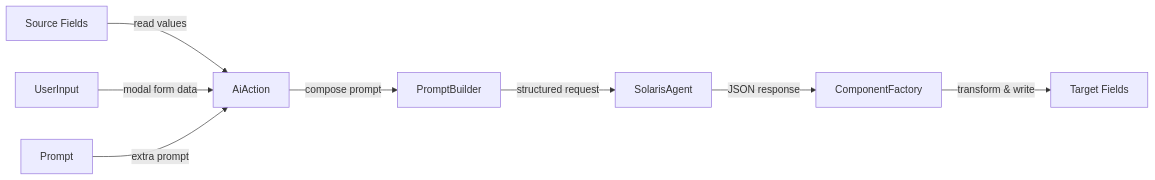
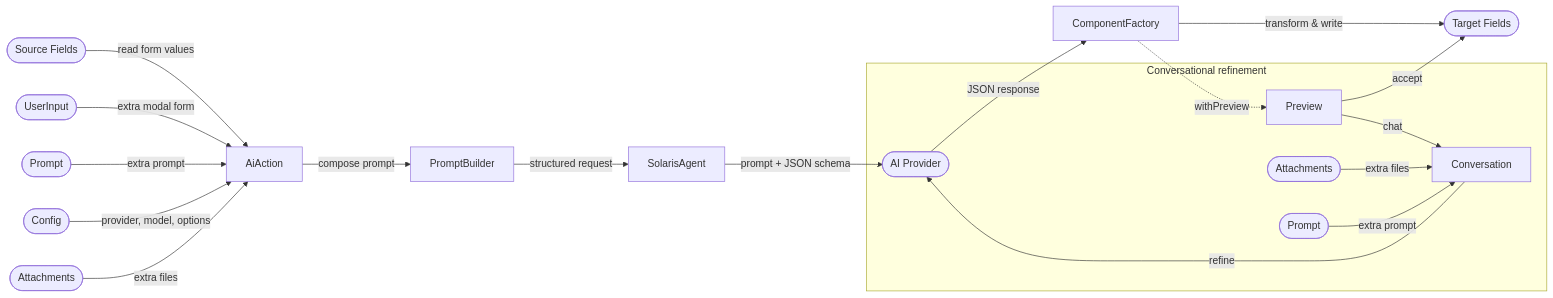
One commit to statikbe/laravel-filament-solaris changed the diagram in README.md. Above: the diagram before and after it, drawn with Mermaid. The commit also changed other lines of this file and 11 other files, not shown here.

````diff
--- a/README.md
+++ b/README.md
@@ -75,10 +41,23 @@
 ```mermaid
 flowchart LR
-    A[Source Fields] -->|read values| B[AiAction]
-    G[UserInput] -->|modal form data| B
-    P[Prompt] -->|extra prompt| B
-    B -->|compose prompt| C[PromptBuilder]
-    C -->|structured request| D[SolarisAgent]
-    D -->|JSON response| E[ComponentFactory]
-    E -->|transform & write| F[Target Fields]
+      A([Source Fields]) -->|read form values| B[AiAction]
+      G([UserInput]) -->|extra modal form| B
+      P([Prompt]) -->|extra prompt| B
+      N([Config]) -->|provider, model, options| B
+      T([Attachments]) -->|extra files| B
+
+      B -->|compose prompt| C[PromptBuilder]
+      C -->|structured request| D[SolarisAgent]
+      D -->|prompt + JSON schema| AI([AI Provider])
+      AI -->|JSON response| E[ComponentFactory]
+      E -->|transform & write| F([Target Fields])
+
+      E -.->|withPreview| R[Preview]
+      R -->|accept| F
+      subgraph Conversational refinement
+          R -->|chat| O[Conversation]
+          CT([Attachments]) -->|extra files| O
+          CP([Prompt]) -->|extra prompt| O
+          O -->|refine| AI
+      end
 ```
````
